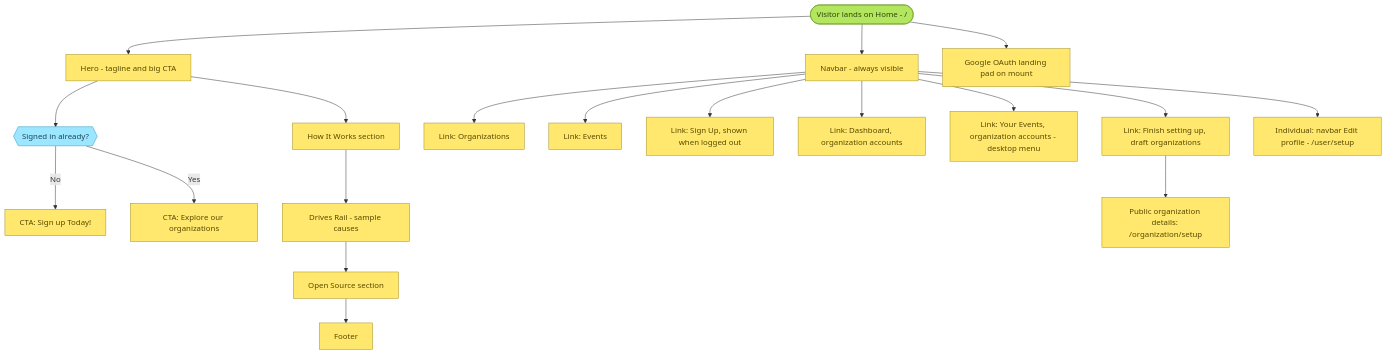
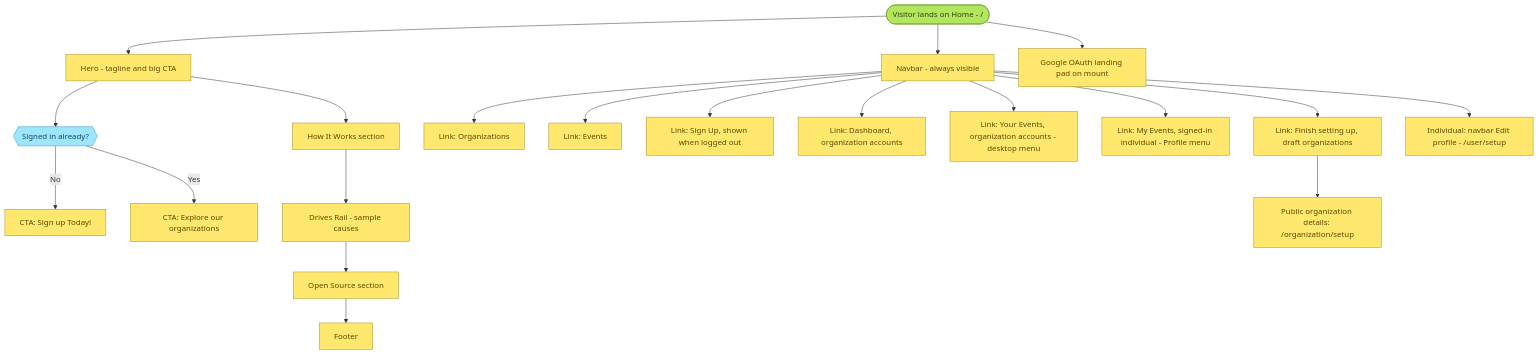
Before and after one commit to karmacircleCommunity/KarmaCircle: the second of 7 diagrams in docs/specs/user-flows.md, drawn with Mermaid. The commit also changed other lines of this file and 26 other files, not shown here.

````diff
--- a/docs/specs/user-flows.md
+++ b/docs/specs/user-flows.md
@@ -94,45 +96,47 @@
 ```mermaid
 flowchart TD
     classDef general fill:#FFE86D,stroke:#A28E26,color:#574900
     classDef decision fill:#9CE6FF,stroke:#2C97BB,color:#1C4657
     classDef terminator fill:#B3E65F,stroke:#6E9A24,color:#2F440B
 
     h_start(["Visitor lands on Home - /"]):::terminator
     h_hero["Hero - tagline and big CTA"]:::general
     h_cta{{"Signed in already?"}}:::decision
     h_cta_signup["CTA: Sign up Today!"]:::general
     h_cta_explore["CTA: Explore our organizations"]:::general
     h_how["How It Works section"]:::general
     h_drives["Drives Rail - sample causes"]:::general
     h_oss["Open Source section"]:::general
     h_footer["Footer"]:::general
     h_navbar["Navbar - always visible"]:::general
     h_nav_orgs["Link: Organizations"]:::general
     h_nav_events["Link: Events"]:::general
     h_nav_signup["Link: Sign Up, shown when logged out"]:::general
     h_nav_dash["Link: Dashboard, organization accounts"]:::general
     h_nav_yourevents["Link: Your Events, organization accounts - desktop menu"]:::general
+    h_nav_myevents["Link: My Events, signed-in individual - Profile menu"]:::general
     h_nav_finish["Link: Finish setting up, draft organizations"]:::general
     h_oauth["Google OAuth landing pad on mount"]:::general
     u_personal["Individual: navbar Edit profile - /user/setup"]:::general
     u_org_record["Public organization details: /organization/setup"]:::general
 
     h_start --> h_hero
     h_hero --> h_cta
     h_cta -->|"No"| h_cta_signup
     h_cta -->|"Yes"| h_cta_explore
     h_hero --> h_how
     h_how --> h_drives
     h_drives --> h_oss
     h_oss --> h_footer
     h_start --> h_navbar
     h_navbar --> h_nav_orgs
     h_navbar --> h_nav_events
     h_navbar --> h_nav_signup
     h_navbar --> h_nav_dash
     h_navbar --> h_nav_yourevents
+    h_navbar --> h_nav_myevents
     h_navbar --> h_nav_finish
     h_start --> h_oauth
     h_navbar --> u_personal
     h_nav_finish --> u_org_record
 ```
````
